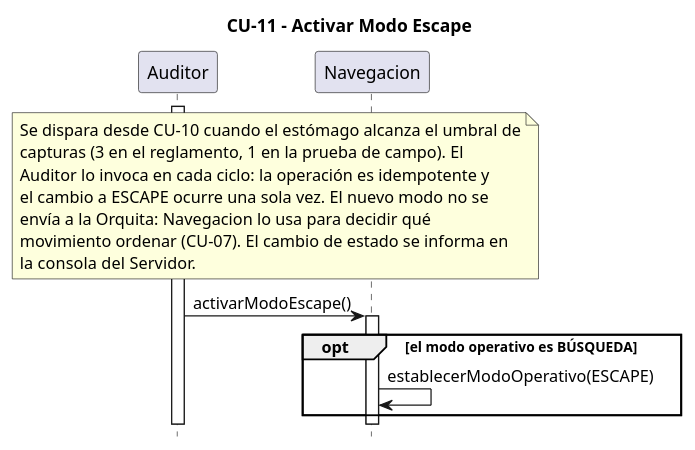
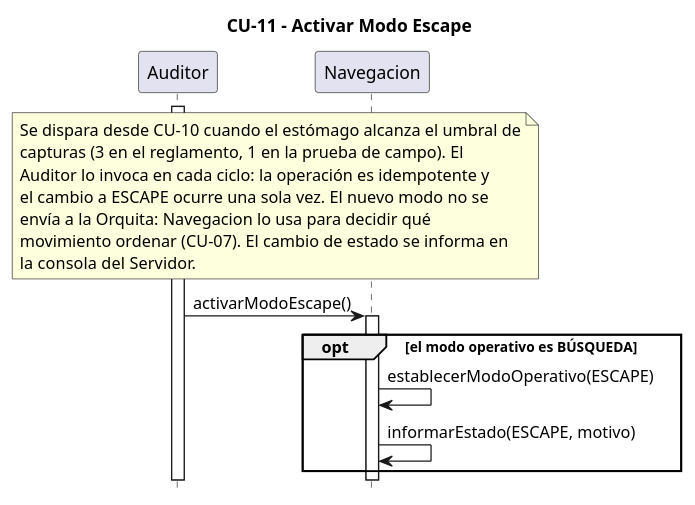
Before and after one commit to lautaro-geli/sistema-orquita: the sixth of 7 diagrams in docs/diseno/Orquitas_Vistas_Secuencia_Modulo_Servidor_v5.puml, drawn with PlantUML. The commit also changed other lines of this file and 7 other files, not shown here.

First line of the commit message:
feat: enum EstadoOrquita con los 6 estados del Diagrama de Estados

```diff
--- a/docs/diseno/Orquitas_Vistas_Secuencia_Modulo_Servidor_v5.puml
+++ b/docs/diseno/Orquitas_Vistas_Secuencia_Modulo_Servidor_v5.puml
@@ -281,28 +285,29 @@
 @startuml CU11_ActivarModoEscape
 title CU-11 - Activar Modo Escape
 hide footbox
 
 participant Auditor
 participant Navegacion
 
 note over Auditor, Navegacion
   Se dispara desde CU-10 cuando el estómago alcanza el umbral de
   capturas (3 en el reglamento, 1 en la prueba de campo). El
   Auditor lo invoca en cada ciclo: la operación es idempotente y
   el cambio a ESCAPE ocurre una sola vez. El nuevo modo no se
   envía a la Orquita: Navegacion lo usa para decidir qué
   movimiento ordenar (CU-07). El cambio de estado se informa en
   la consola del Servidor.
 end note
 
 activate Auditor
 Auditor -> Navegacion : activarModoEscape()
 activate Navegacion
 
 opt el modo operativo es BÚSQUEDA
     Navegacion -> Navegacion : establecerModoOperativo(ESCAPE)
+    Navegacion -> Navegacion : informarEstado(ESCAPE, motivo)
 end
 
 deactivate Navegacion
 deactivate Auditor
 @enduml
```
